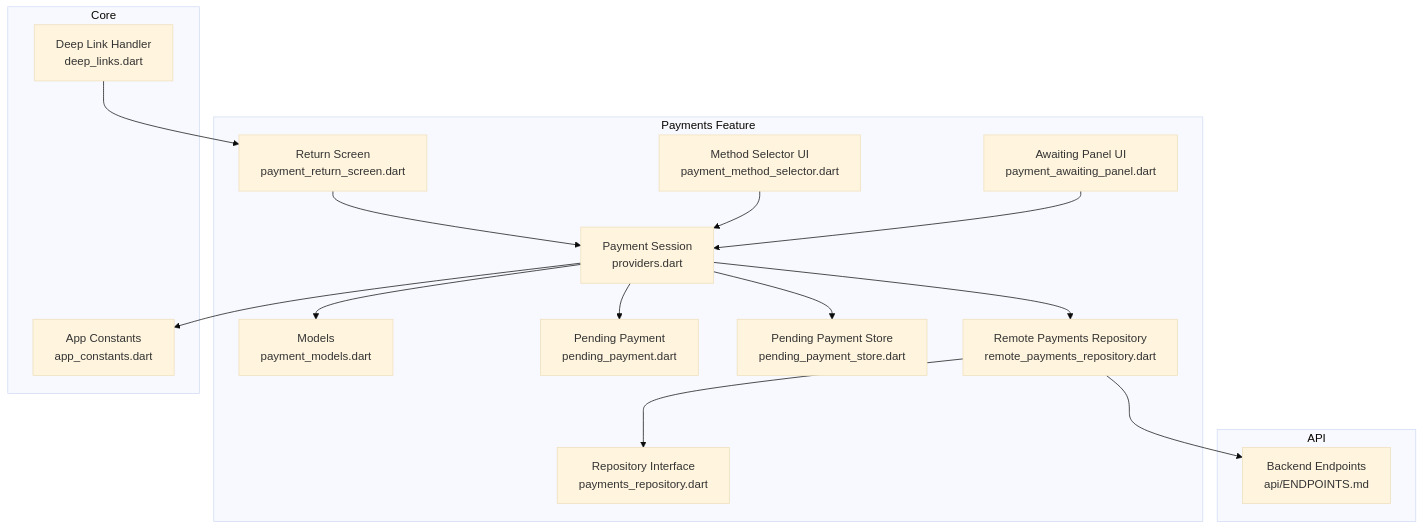
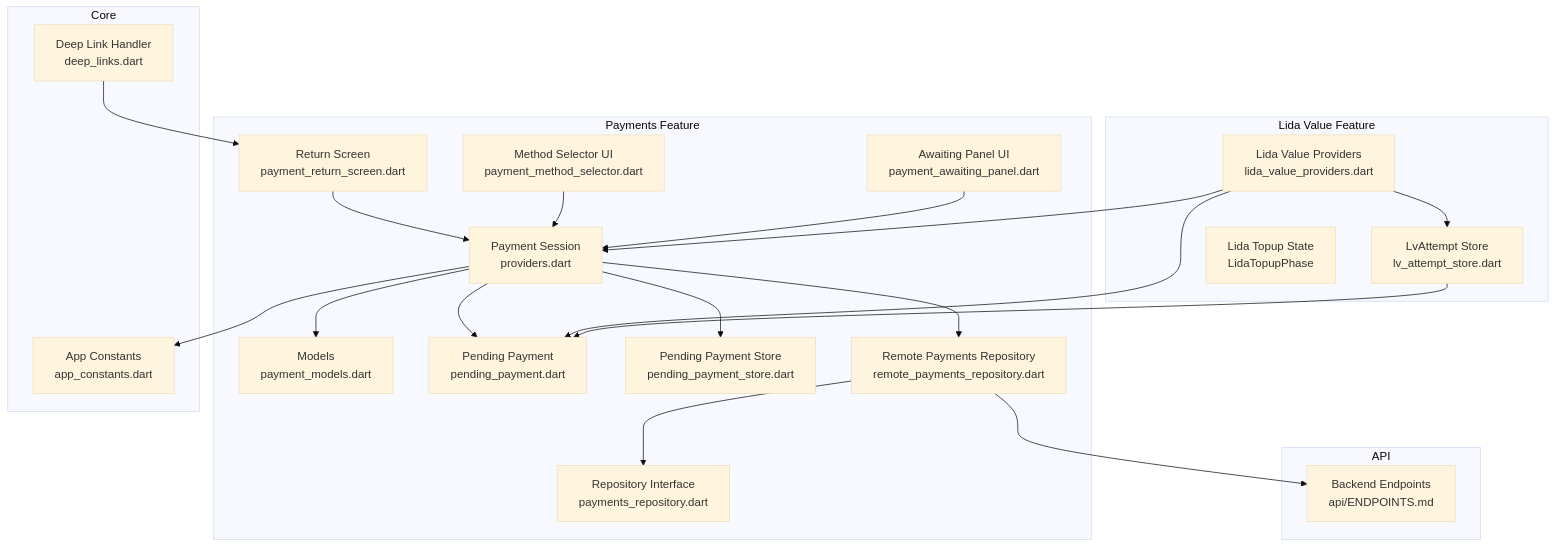
The first of 13 diagrams in .qoder/repowiki/en/content/Payment Processing/Payment Processing.md (Advanstech/Lidapay-shop), drawn with Mermaid (base theme) before and after one commit. The commit also changed other lines of this file and 174 other files, not shown here.

````diff
--- a/.qoder/repowiki/en/content/Payment Processing/Payment Processing.md
+++ b/.qoder/repowiki/en/content/Payment Processing/Payment Processing.md
@@ -47,32 +58,41 @@
 ```mermaid
 graph TB
 subgraph "Payments Feature"
 Providers["Payment Session<br/>providers.dart"]
 Models["Models<br/>payment_models.dart"]
 PendingModel["Pending Payment<br/>pending_payment.dart"]
 Store["Pending Payment Store<br/>pending_payment_store.dart"]
 Repo["Remote Payments Repository<br/>remote_payments_repository.dart"]
 RepoInterface["Repository Interface<br/>payments_repository.dart"]
 MethodSelector["Method Selector UI<br/>payment_method_selector.dart"]
 AwaitingPanel["Awaiting Panel UI<br/>payment_awaiting_panel.dart"]
 ReturnScreen["Return Screen<br/>payment_return_screen.dart"]
+end
+subgraph "Lida Value Feature"
+LVProviders["Lida Value Providers<br/>lida_value_providers.dart"]
+LVStore["LvAttempt Store<br/>lv_attempt_store.dart"]
+LVState["Lida Topup State<br/>LidaTopupPhase"]
 end
 subgraph "Core"
 DeepLinks["Deep Link Handler<br/>deep_links.dart"]
 Constants["App Constants<br/>app_constants.dart"]
 end
 subgraph "API"
 Endpoints["Backend Endpoints<br/>api/ENDPOINTS.md"]
 end
 Providers --> Repo
 Providers --> Store
 Providers --> Models
 Providers --> PendingModel
 Repo --> RepoInterface
 ReturnScreen --> Providers
 MethodSelector --> Providers
 AwaitingPanel --> Providers
 DeepLinks --> ReturnScreen
 Providers --> Constants
 Repo --> Endpoints
+LVProviders --> LVStore
+LVProviders --> PendingModel
+LVProviders --> Providers
+LVStore --> PendingModel
 ```
````
